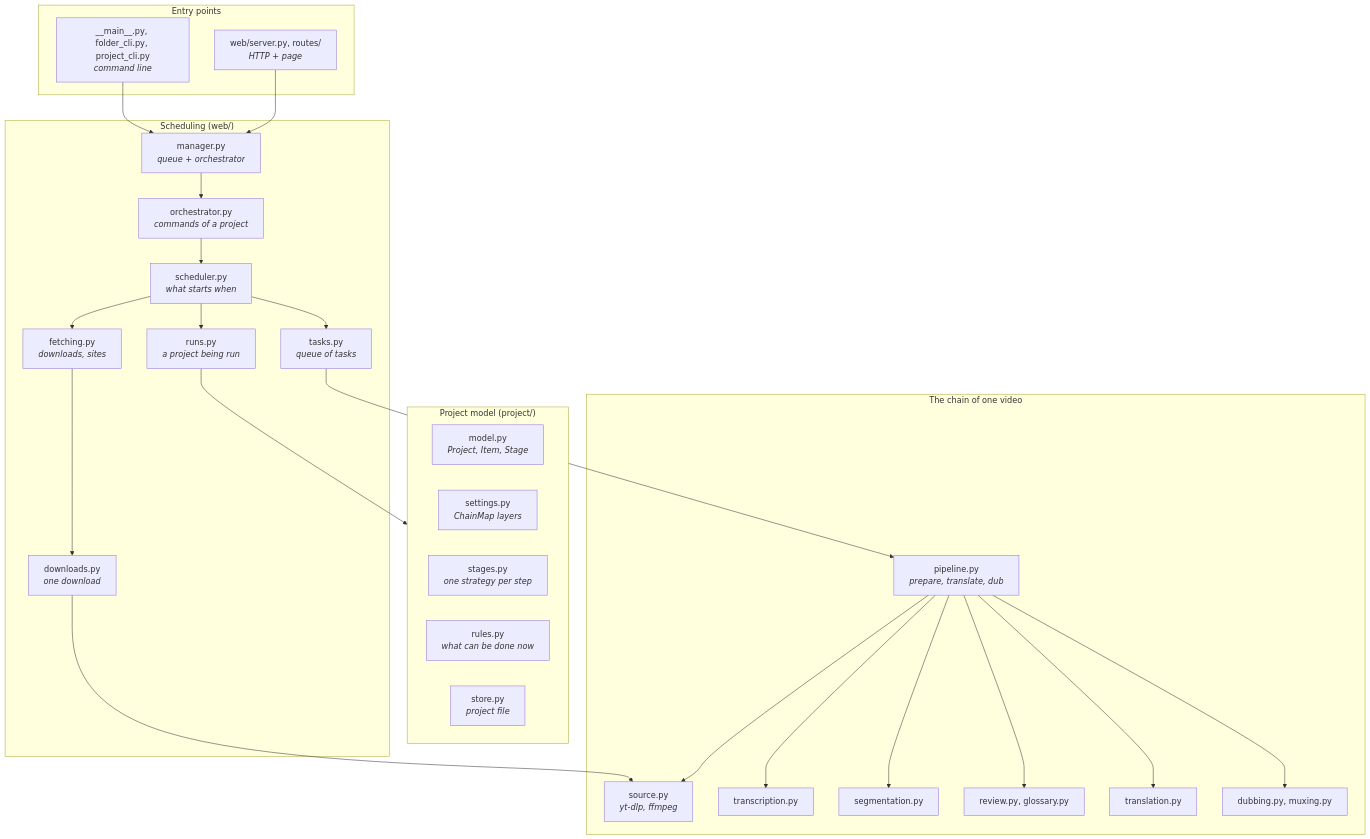
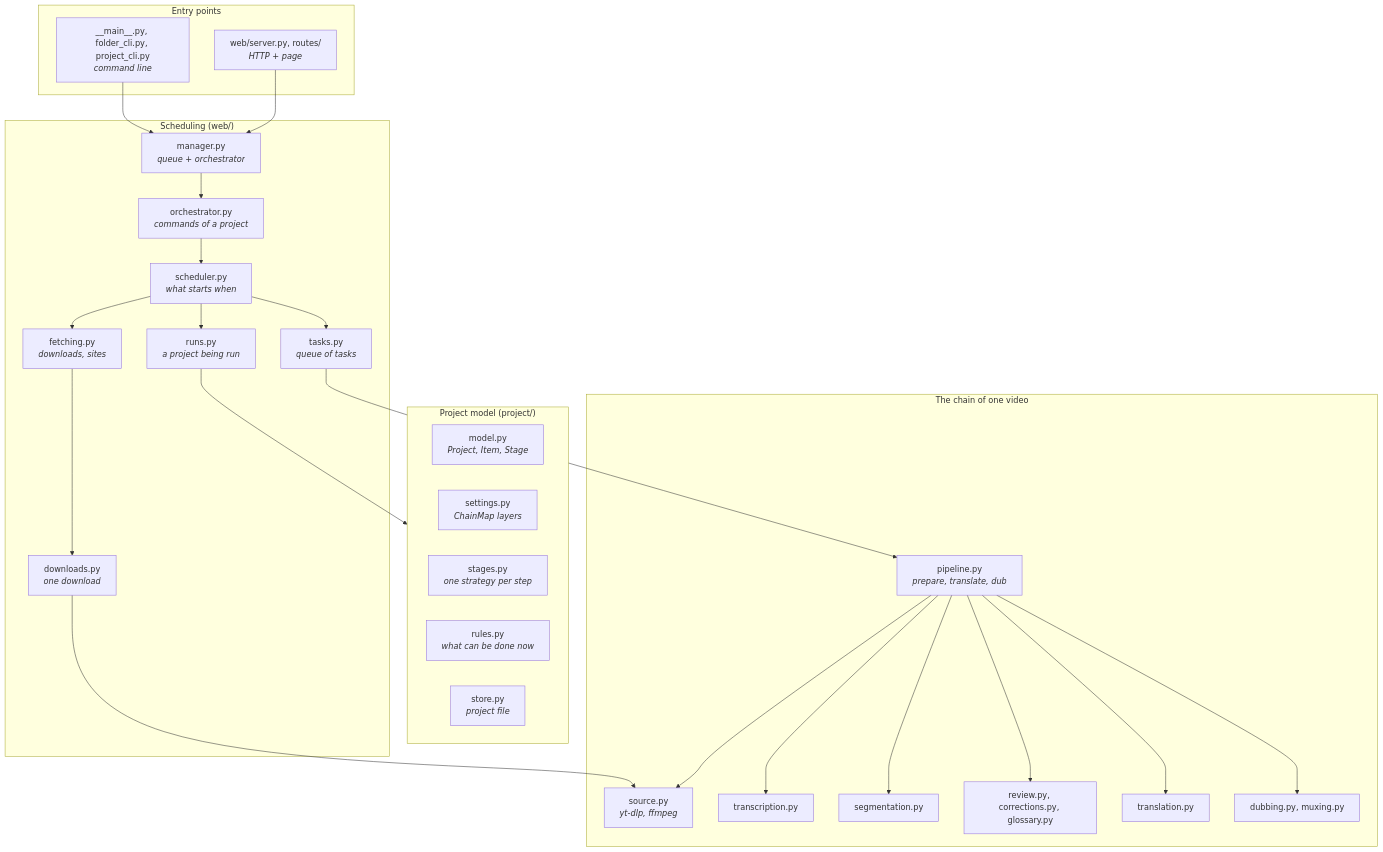
The second of 7 diagrams in docs/code.md (DamienBecherini/dl-sub-dub), drawn with Mermaid before and after one commit. The commit also changed other lines of this file and 60 other files, not shown here.

````diff
--- a/docs/code.md
+++ b/docs/code.md
@@ -41,38 +41,38 @@
 ```mermaid
 flowchart TB
   subgraph entry["Entry points"]
     cli["__main__.py, folder_cli.py, project_cli.py<br/><i>command line</i>"]
     server["web/server.py, routes/<br/><i>HTTP + page</i>"]
   end
   subgraph work["Scheduling (web/)"]
     manager["manager.py<br/><i>queue + orchestrator</i>"]
     orch["orchestrator.py<br/><i>commands of a project</i>"]
     sched["scheduler.py<br/><i>what starts when</i>"]
     fetching["fetching.py<br/><i>downloads, sites</i>"]
     runs["runs.py<br/><i>a project being run</i>"]
     downloads["downloads.py<br/><i>one download</i>"]
     tasks["tasks.py<br/><i>queue of tasks</i>"]
   end
   subgraph project["Project model (project/)"]
     model["model.py<br/><i>Project, Item, Stage</i>"]
     settings["settings.py<br/><i>ChainMap layers</i>"]
     stages["stages.py<br/><i>one strategy per step</i>"]
     rules["rules.py<br/><i>what can be done now</i>"]
     store["store.py<br/><i>project file</i>"]
   end
   subgraph chain["The chain of one video"]
     pipeline["pipeline.py<br/><i>prepare, translate, dub</i>"]
     source["source.py<br/><i>yt-dlp, ffmpeg</i>"]
     transcription["transcription.py"]
     segmentation["segmentation.py"]
-    review["review.py, glossary.py"]
+    review["review.py, corrections.py, glossary.py"]
     translation["translation.py"]
     dubbing["dubbing.py, muxing.py"]
   end
   cli --> manager
   server --> manager
   manager --> orch --> sched --> runs --> project
   sched --> fetching --> downloads --> source
   sched --> tasks --> pipeline
   pipeline --> source & transcription & segmentation & review & translation & dubbing
 ```
````
